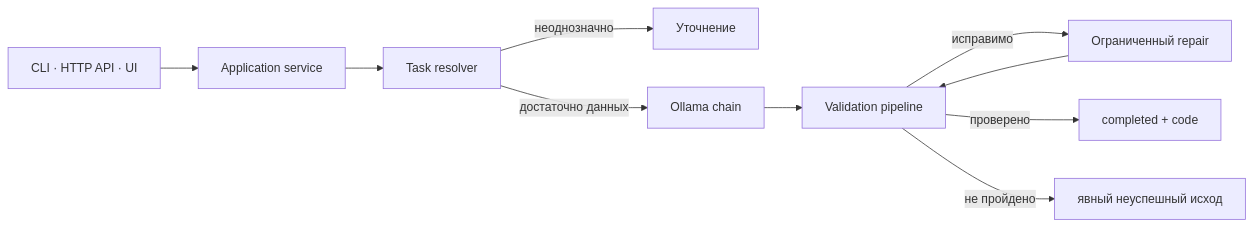
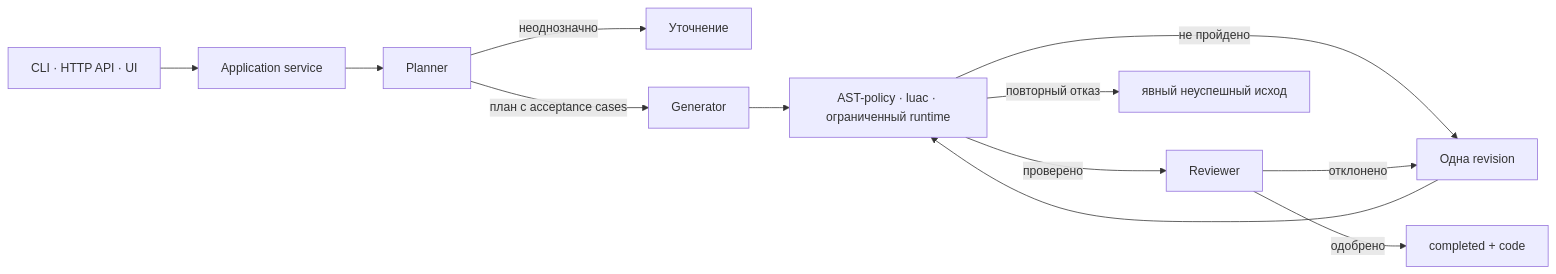
Before and after one commit to Ev0lv3nta/localscript: the diagram in README.md, drawn with Mermaid. The commit also changed other lines of this file and 108 other files, not shown here.

````diff
--- a/README.md
+++ b/README.md
@@ -131,12 +131,14 @@
 ```mermaid
 flowchart LR
     C["CLI · HTTP API · UI"] --> A["Application service"]
-    A --> R["Task resolver"]
-    R -->|неоднозначно| Q["Уточнение"]
-    R -->|достаточно данных| M["Ollama chain"]
-    M --> V["Validation pipeline"]
-    V -->|исправимо| P["Ограниченный repair"]
-    P --> V
-    V -->|проверено| O["completed + code"]
-    V -->|не пройдено| F["явный неуспешный исход"]
+    A --> P["Planner"]
+    P -->|неоднозначно| Q["Уточнение"]
+    P -->|план с acceptance cases| G["Generator"]
+    G --> V["AST-policy · luac · ограниченный runtime"]
+    V -->|проверено| R["Reviewer"]
+    V -->|не пройдено| REV["Одна revision"]
+    R -->|отклонено| REV
+    REV --> V
+    R -->|одобрено| O["completed + code"]
+    V -->|повторный отказ| F["явный неуспешный исход"]
 ```
````
